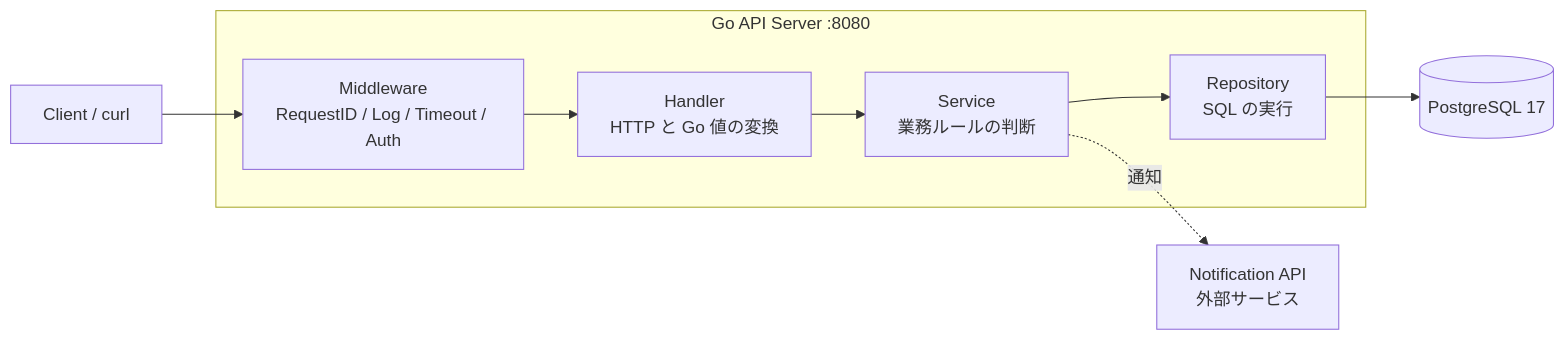
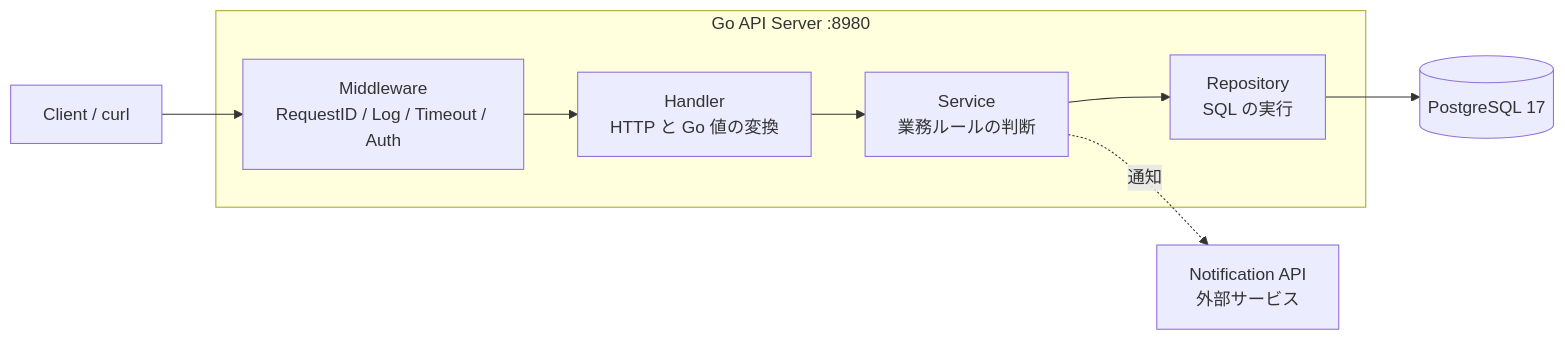
One commit to KenzoKasahara/go_kanban_webapp_hands_on changed the first of 3 diagrams in docs/chapter/README.md. Above: the diagram before and after it, drawn with Mermaid. The commit also changed other lines of this file and 44 other files, not shown here.

````diff
--- a/docs/chapter/README.md
+++ b/docs/chapter/README.md
@@ -21,11 +21,11 @@
 ```mermaid
 flowchart LR
     C[Client / curl] --> MW
-    subgraph API["Go API Server :8080"]
+    subgraph API["Go API Server :8980"]
         MW[Middleware<br/>RequestID / Log / Timeout / Auth] --> H[Handler<br/>HTTP と Go 値の変換]
         H --> S[Service<br/>業務ルールの判断]
         S --> R[Repository<br/>SQL の実行]
     end
     R --> DB[(PostgreSQL 17)]
     S -.通知.-> N[Notification API<br/>外部サービス]
 ```
````
